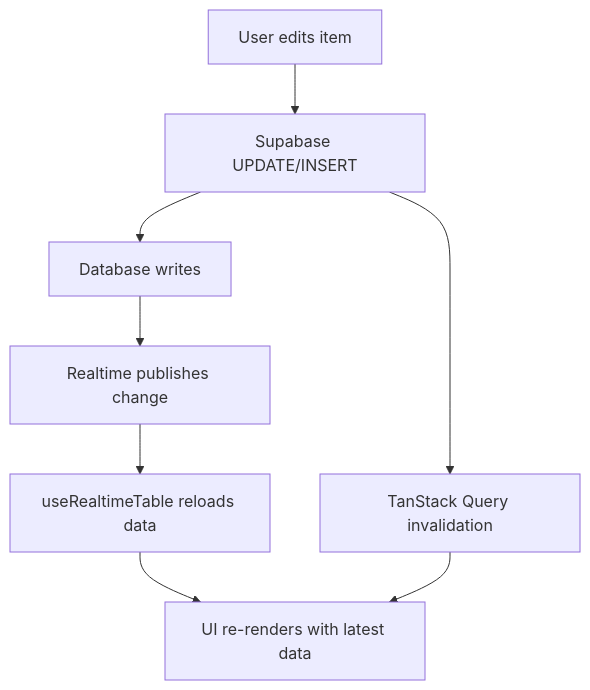
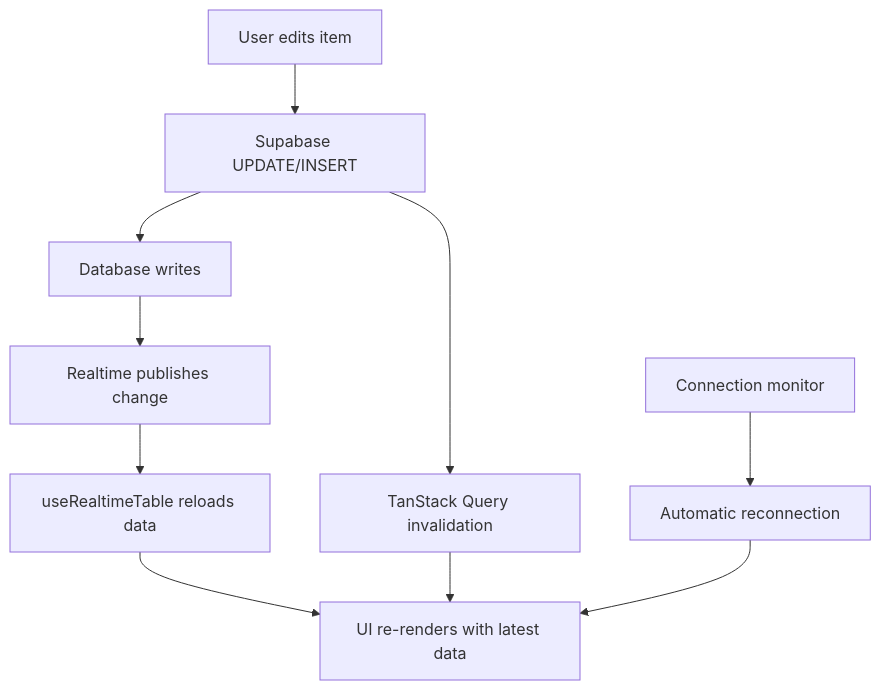
One commit to gastaldellomarco/pcReady changed the tenth of 11 diagrams in .qoder/repowiki/en/content/Real-time Features/Real-time Features.md. Above: the diagram before and after it, drawn with Mermaid. The commit also changed other lines of this file and 15 other files, not shown here.

````diff
--- a/.qoder/repowiki/en/content/Real-time Features/Real-time Features.md
+++ b/.qoder/repowiki/en/content/Real-time Features/Real-time Features.md
@@ -305,10 +403,12 @@
 ```mermaid
 flowchart TD
 UserAction["User edits item"] --> Mutate["Supabase UPDATE/INSERT"]
 Mutate --> DB["Database writes"]
 DB --> Realtime["Realtime publishes change"]
 Realtime --> Hook["useRealtimeTable reloads data"]
 Hook --> UI["UI re-renders with latest data"]
 Mutate --> Invalidate["TanStack Query invalidation"]
 Invalidate --> UI
+Monitor["Connection monitor"] --> Reconnect["Automatic reconnection"]
+Reconnect --> UI
 ```
````
